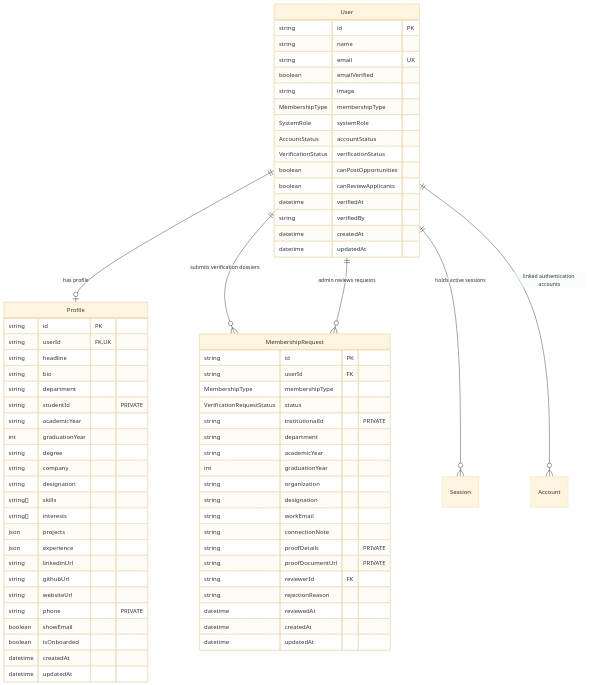
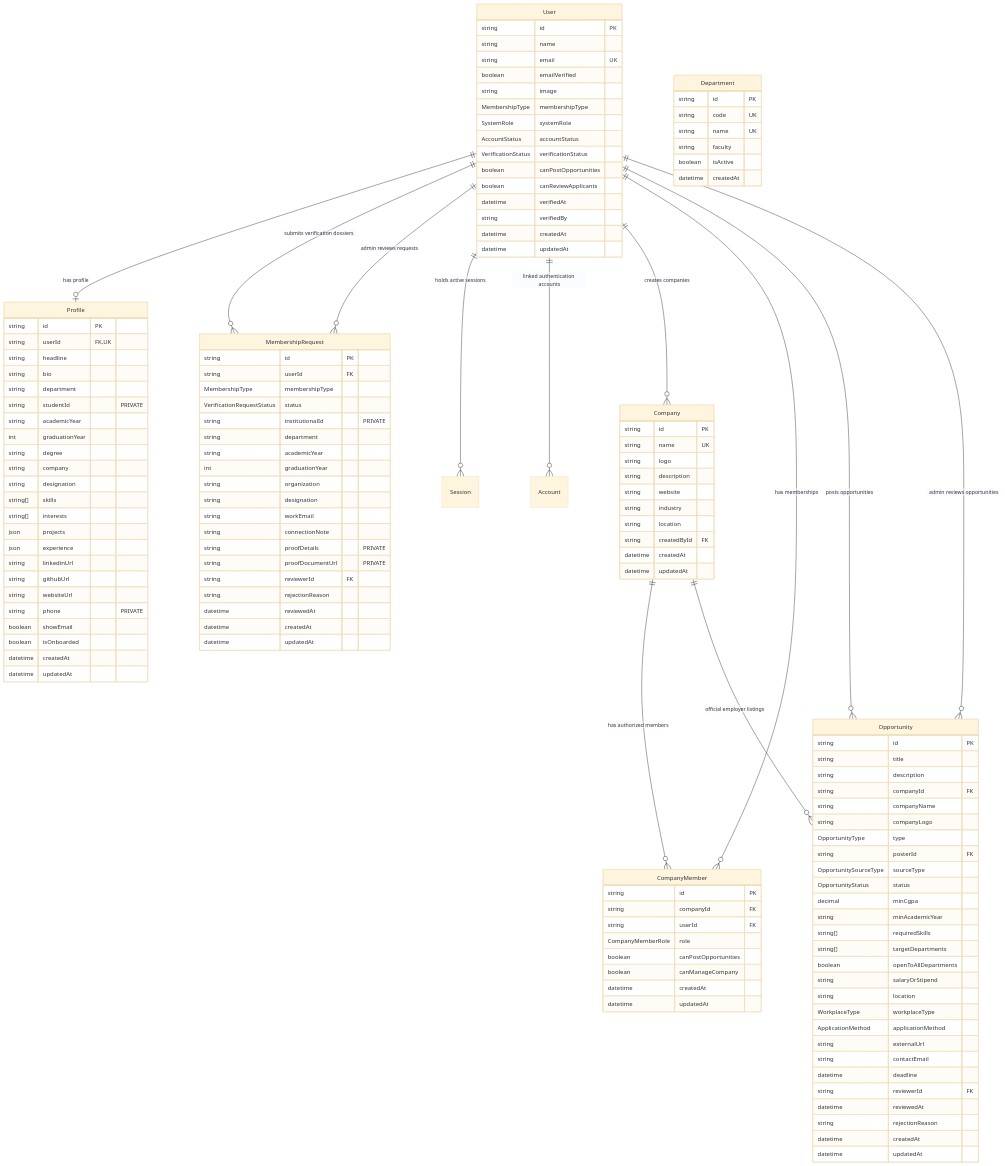
The diagram in docs/DATABASE_SCHEMA.md (sooooojib/CAMPUS_JOB_HUNTING), drawn with Mermaid (base theme) before and after one commit. The commit also changed other lines of this file and 26 other files, not shown here.

Commit message:
feat(stage-06): implement companies, opportunities, and approval system backend

````diff
--- a/docs/DATABASE_SCHEMA.md
+++ b/docs/DATABASE_SCHEMA.md
@@ -15,6 +15,13 @@
     User ||--o{ MembershipRequest : "admin reviews requests"
     User ||--o{ Session : "holds active sessions"
     User ||--o{ Account : "linked authentication accounts"
+    User ||--o{ Company : "creates companies"
+    User ||--o{ CompanyMember : "has memberships"
+    User ||--o{ Opportunity : "posts opportunities"
+    User ||--o{ Opportunity : "admin reviews opportunities"
+    
+    Company ||--o{ CompanyMember : "has authorized members"
+    Company ||--o{ Opportunity : "official employer listings"
 
     User {
         string id PK
@@ -81,4 +88,67 @@
         datetime createdAt
         datetime updatedAt
     }
+
+    Company {
+        string id PK
+        string name UK
+        string logo
+        string description
+        string website
+        string industry
+        string location
+        string createdById FK
+        datetime createdAt
+        datetime updatedAt
+    }
+
+    CompanyMember {
+        string id PK
+        string companyId FK
+        string userId FK
+        CompanyMemberRole role
+        boolean canPostOpportunities
+        boolean canManageCompany
+        datetime createdAt
+        datetime updatedAt
+    }
+
+    Department {
+        string id PK
+        string code UK
+        string name UK
+        string faculty
+        boolean isActive
+        datetime createdAt
+    }
+
+    Opportunity {
+        string id PK
+        string title
+        string description
+        string companyId FK
+        string companyName
+        string companyLogo
+        OpportunityType type
+        string posterId FK
+        OpportunitySourceType sourceType
+        OpportunityStatus status
+        decimal minCgpa
+        string minAcademicYear
+        string[] requiredSkills
+        string[] targetDepartments
+        boolean openToAllDepartments
+        string salaryOrStipend
+        string location
+        WorkplaceType workplaceType
+        ApplicationMethod applicationMethod
+        string externalUrl
+        string contactEmail
+        datetime deadline
+        string reviewerId FK
+        datetime reviewedAt
+        string rejectionReason
+        datetime createdAt
+        datetime updatedAt
+    }
 ```
````
